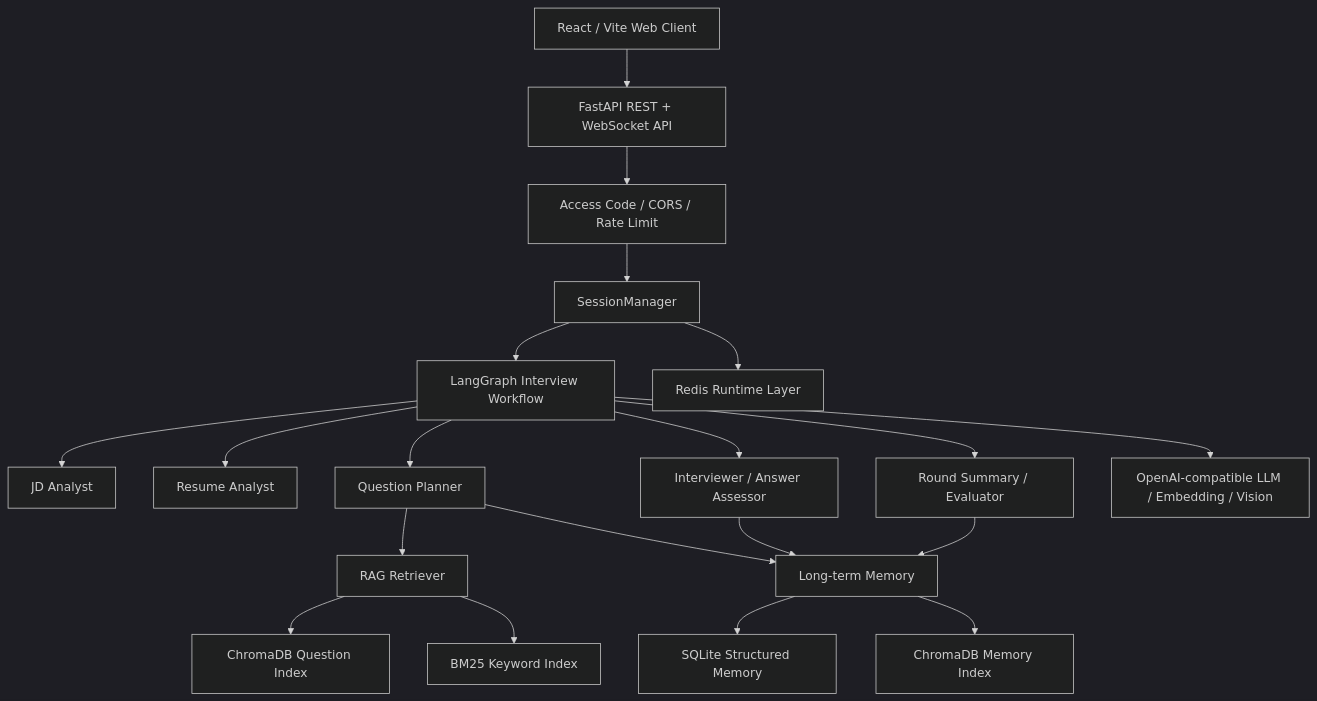
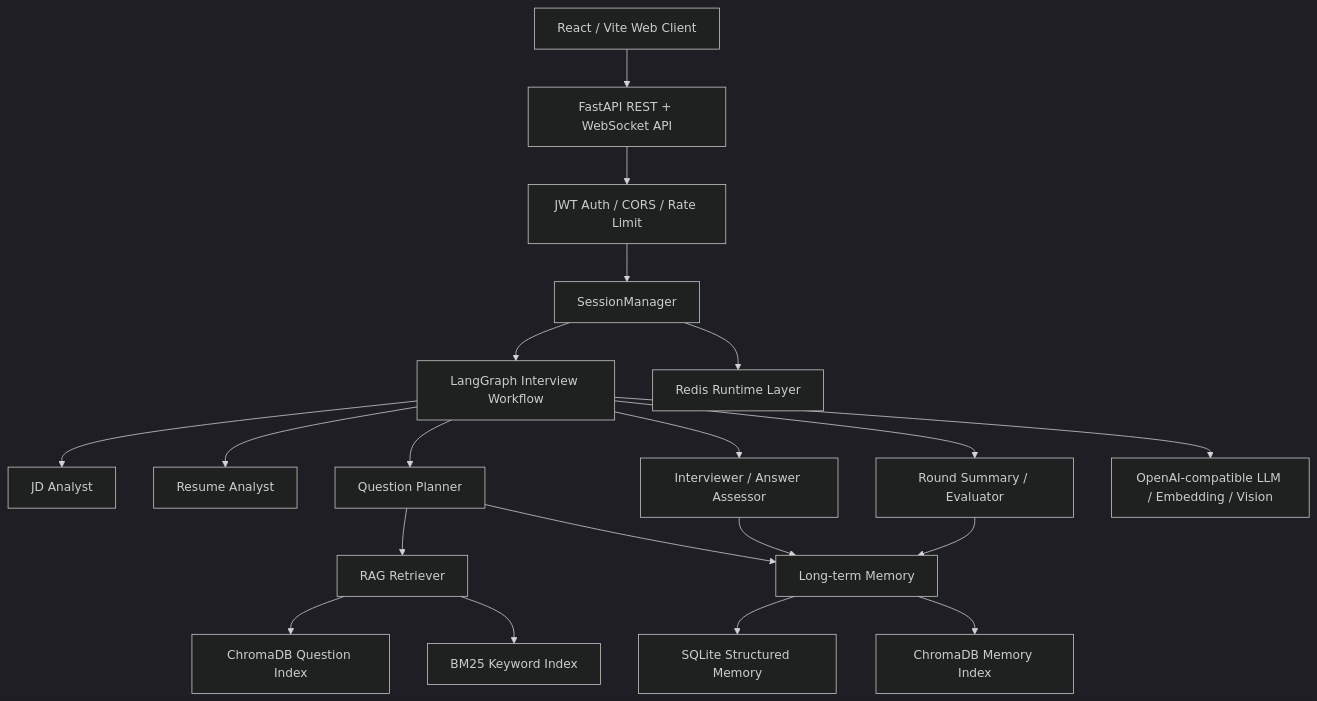
The diagram in README.md (han-dreamer/ai-mock-interview), drawn with Mermaid (dark theme) before and after one commit. The commit also changed other lines of this file and 27 other files, not shown here.

````diff
--- a/README.md
+++ b/README.md
@@ -35,25 +35,25 @@
 ```mermaid
 flowchart TD
     Web["React / Vite Web Client"] --> API["FastAPI REST + WebSocket API"]
-    API --> Security["Access Code / CORS / Rate Limit"]
+    API --> Security["JWT Auth / CORS / Rate Limit"]
     Security --> Session["SessionManager"]
     Session --> Graph["LangGraph Interview Workflow"]
 
     Graph --> JD["JD Analyst"]
     Graph --> Resume["Resume Analyst"]
     Graph --> Planner["Question Planner"]
     Graph --> Interviewer["Interviewer / Answer Assessor"]
     Graph --> Evaluator["Round Summary / Evaluator"]
 
     Planner --> RAG["RAG Retriever"]
     Planner --> Memory["Long-term Memory"]
     Interviewer --> Memory
     Evaluator --> Memory
 
     RAG --> ChromaQ["ChromaDB Question Index"]
     RAG --> BM25["BM25 Keyword Index"]
     Memory --> SQLite["SQLite Structured Memory"]
     Memory --> ChromaM["ChromaDB Memory Index"]
     Session --> Redis["Redis Runtime Layer"]
     Graph --> LLM["OpenAI-compatible LLM / Embedding / Vision"]
 ```
````
